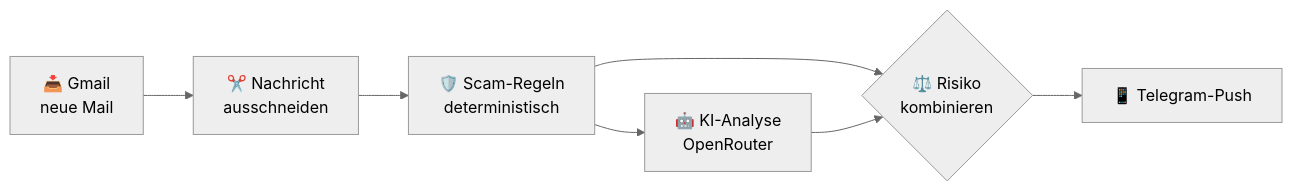
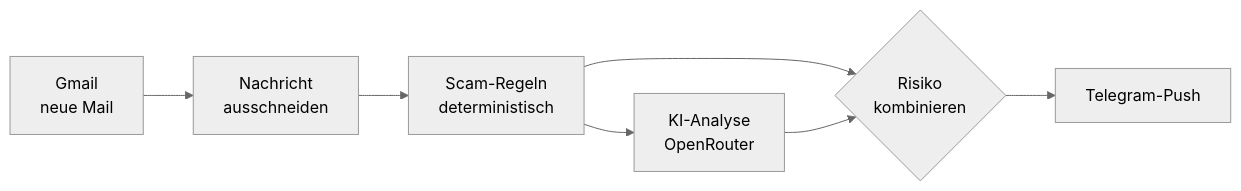
The diagram in README.md (aprooritech/dealguard), drawn with Mermaid (neutral theme) before and after one commit. The commit also changed other lines of this file, not shown here.

````diff
--- a/README.md
+++ b/README.md
@@ -69,9 +67,9 @@
 ```mermaid
 flowchart LR
-    A["📥 Gmail<br/>neue Mail"] --> B["✂️ Nachricht<br/>ausschneiden"]
-    B --> C["🛡️ Scam-Regeln<br/>deterministisch"]
-    C --> D["🤖 KI-Analyse<br/>OpenRouter"]
-    C --> E{"⚖️ Risiko<br/>kombinieren"}
+    A["Gmail<br/>neue Mail"] --> B["Nachricht<br/>ausschneiden"]
+    B --> C["Scam-Regeln<br/>deterministisch"]
+    C --> D["KI-Analyse<br/>OpenRouter"]
+    C --> E{"Risiko<br/>kombinieren"}
     D --> E
-    E --> F["📱 Telegram-Push"]
+    E --> F["Telegram-Push"]
 ```
````
